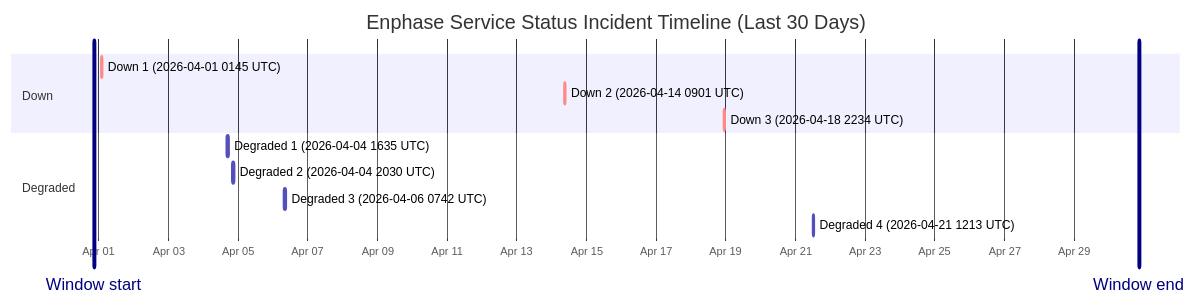
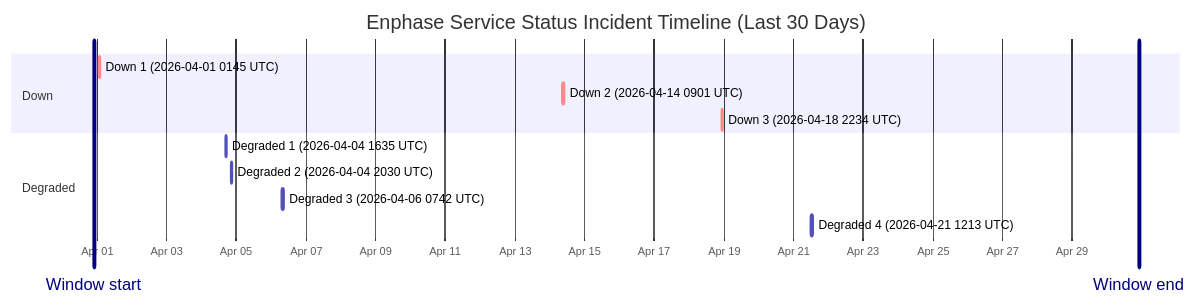
One commit to barneyonline/ha-enphase-ev-charger changed the diagram in wiki/Service-Status-History.md. Above: the diagram before and after it, drawn with Mermaid. The commit also changed other lines of this file and 3 other files, not shown here.

````diff
--- a/wiki/Service-Status-History.md
+++ b/wiki/Service-Status-History.md
@@ -14,17 +14,17 @@
 ```mermaid
 gantt
     title Enphase Service Status Incident Timeline (Last 30 Days)
     dateFormat  YYYY-MM-DDTHH:mm:ss
     axisFormat  %b %d
-    Window start :vert, window-start, 2026-03-31T20:38:30, 0ms
-    Window end :vert, window-end, 2026-04-30T20:38:30, 0ms
+    Window start :vert, window-start, 2026-03-31T21:55:26, 0ms
+    Window end :vert, window-end, 2026-04-30T21:55:26, 0ms
     section Down
     Down 1 (2026-04-01 0145 UTC) :crit, down-1, 2026-04-01T01:45:09, 60m
     Down 2 (2026-04-14 0901 UTC) :crit, down-2, 2026-04-14T09:01:13, 60m
     Down 3 (2026-04-18 2234 UTC) :crit, down-3, 2026-04-18T22:34:13, 60m
     section Degraded
     Degraded 1 (2026-04-04 1635 UTC) :active, degraded-1, 2026-04-04T16:35:17, 60m
     Degraded 2 (2026-04-04 2030 UTC) :active, degraded-2, 2026-04-04T20:30:40, 60m
     Degraded 3 (2026-04-06 0742 UTC) :active, degraded-3, 2026-04-06T07:42:09, 85m
     Degraded 4 (2026-04-21 1213 UTC) :active, degraded-4, 2026-04-21T12:13:11, 60m
 ```
````
